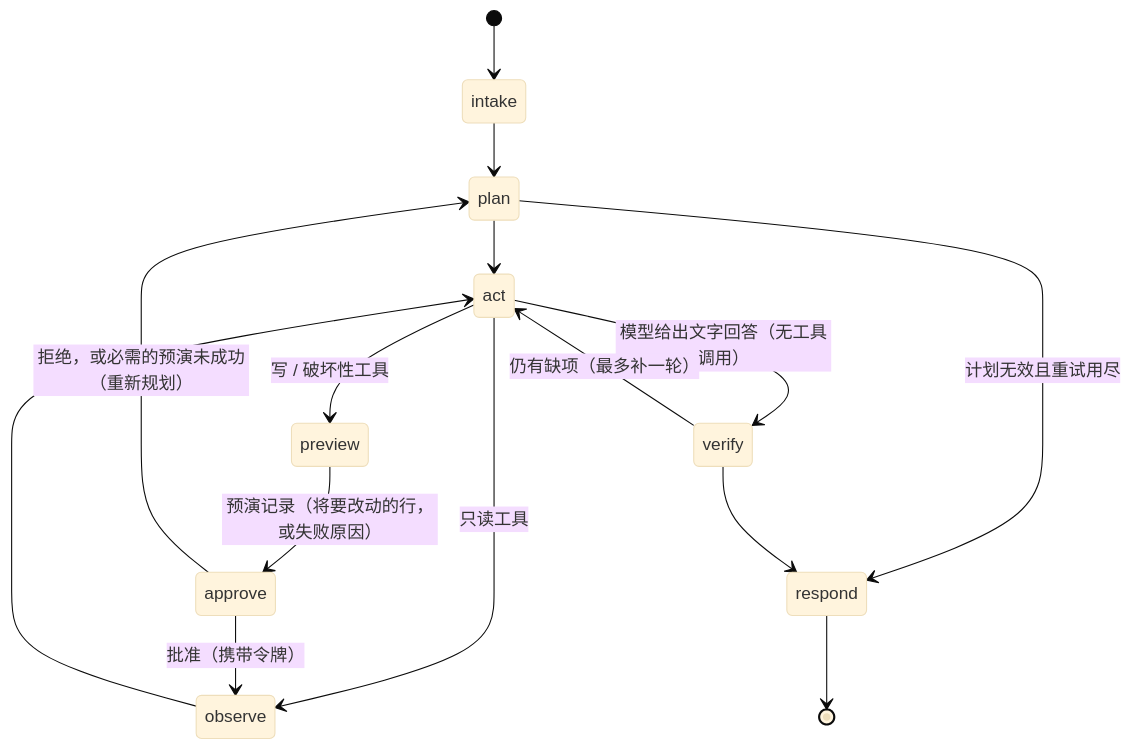
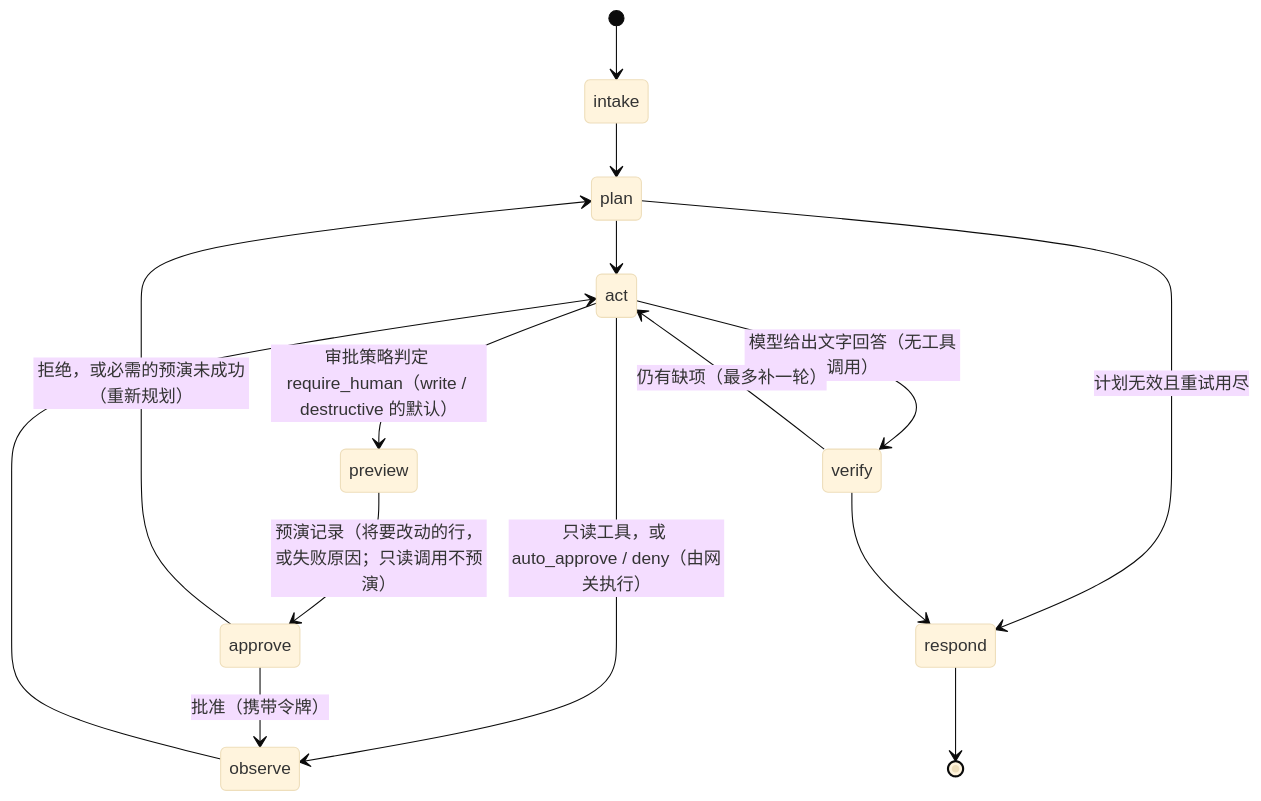
Before and after one commit to INF-NAN/BizAgent: the third of 3 diagrams in docs/ARCHITECTURE.md, drawn with Mermaid (base theme). The commit also changed other lines of this file and 3 other files, not shown here.

Commit message:
docs: describe the approval policy in the walkthrough and architecture

````diff
--- a/docs/ARCHITECTURE.md
+++ b/docs/ARCHITECTURE.md
@@ -132,17 +133,17 @@
 ```mermaid
 stateDiagram-v2
   [*] --> intake
   intake --> plan
   plan --> act
   plan --> respond: 计划无效且重试用尽
-  act --> preview: 写 / 破坏性工具
-  preview --> approve: 预演记录（将要改动的行，或失败原因）
-  act --> observe: 只读工具
+  act --> preview: 审批策略判定 require_human（write / destructive 的默认）
+  preview --> approve: 预演记录（将要改动的行，或失败原因；只读调用不预演）
+  act --> observe: 只读工具，或 auto_approve / deny（由网关执行）
   act --> verify: 模型给出文字回答（无工具调用）
   approve --> observe: 批准（携带令牌）
   approve --> plan: 拒绝，或必需的预演未成功（重新规划）
   observe --> act
   verify --> act: 仍有缺项（最多补一轮）
   verify --> respond
   respond --> [*]
 ```
````
